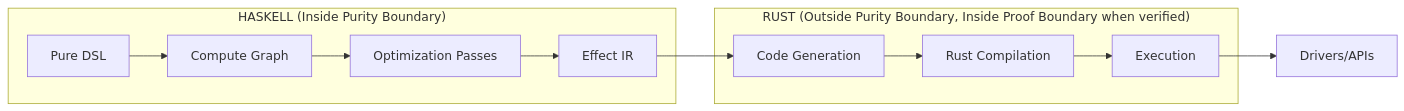
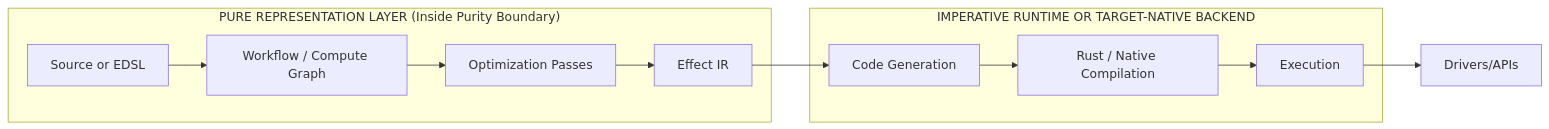
The diagram in documents/dsl/jit.md (Tuee22/effectful), drawn with Mermaid before and after one commit. The commit also changed other lines of this file and 8 other files, not shown here.

````diff
--- a/documents/dsl/jit.md
+++ b/documents/dsl/jit.md
@@ -51,14 +60,14 @@
 ```mermaid
 flowchart LR
-  subgraph Haskell["HASKELL (Inside Purity Boundary)"]
-    DSL["Pure DSL"] --> Graph["Compute Graph"]
+  subgraph Haskell["PURE REPRESENTATION LAYER (Inside Purity Boundary)"]
+    DSL["Source or EDSL"] --> Graph["Workflow / Compute Graph"]
     Graph --> Optimize["Optimization Passes"]
     Optimize --> IR["Effect IR"]
   end
-  subgraph Rust["RUST (Outside Purity Boundary, Inside Proof Boundary when verified)"]
+  subgraph Runtime["IMPERATIVE RUNTIME OR TARGET-NATIVE BACKEND"]
     IR --> Codegen["Code Generation"]
-    Codegen --> Compile["Rust Compilation"]
+    Codegen --> Compile["Rust / Native Compilation"]
     Compile --> Execute["Execution"]
   end
   Execute --> Drivers["Drivers/APIs"]
 ```
````
